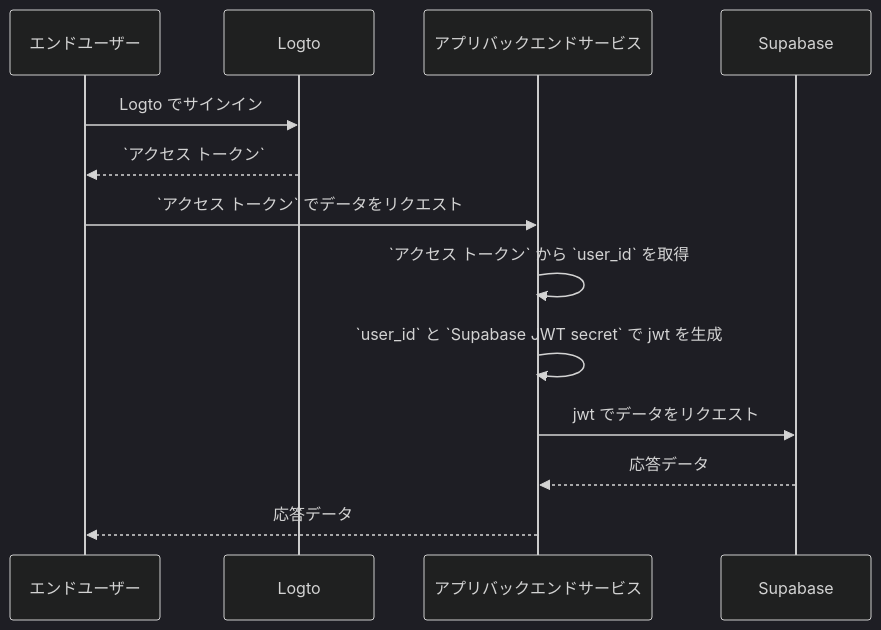
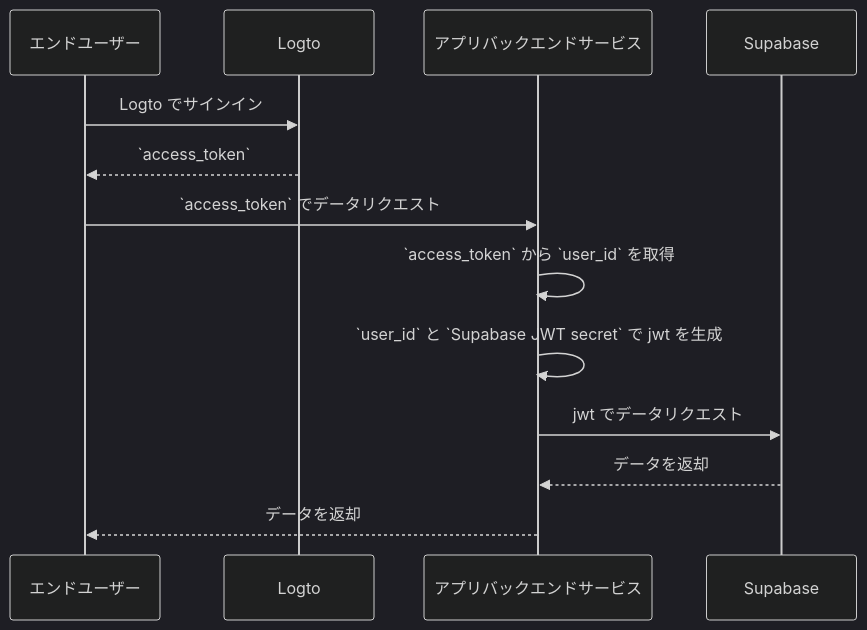
Before and after one commit to logto-io/docs: the diagram in i18n/ja/docusaurus-plugin-content-docs/current/quick-starts/database/supabase/README.mdx, drawn with Mermaid (dark theme). The commit also changed other lines of this file and 357 other files, not shown here.

````diff
--- a/i18n/ja/docusaurus-plugin-content-docs/current/quick-starts/database/supabase/README.mdx
+++ b/i18n/ja/docusaurus-plugin-content-docs/current/quick-starts/database/supabase/README.mdx
@@ -107,16 +107,16 @@
 ```mermaid
 sequenceDiagram
 	Participant U as エンドユーザー
 	Participant Logto
 	Participant B as アプリバックエンドサービス
 	Participant Supabase
 
 	U->>Logto: Logto でサインイン
-	Logto-->>U: `アクセス トークン`
-	U->>B: `アクセス トークン` でデータをリクエスト
-	B->>B: `アクセス トークン` から `user_id` を取得
+	Logto-->>U: `access_token`
+	U->>B: `access_token` でデータリクエスト
+	B->>B: `access_token` から `user_id` を取得
 	B->>B: `user_id` と `Supabase JWT secret` で jwt を生成
-	B->>Supabase: jwt でデータをリクエスト
-	Supabase-->>B: 応答データ
-	B-->>U: 応答データ
+	B->>Supabase: jwt でデータリクエスト
+	Supabase-->>B: データを返却
+	B-->>U: データを返却
 ```
````
